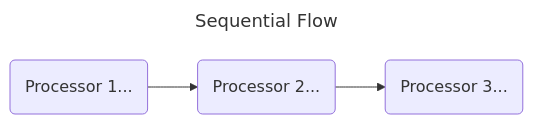
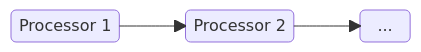
The fourth of 12 diagrams in docs/administration/pipelines/quick-start.mdx (VirtualMetric/virtualmetric-docs), drawn with Mermaid before and after one commit. The commit also changed other lines of this file and 3 other files, not shown here.

````diff
--- a/docs/administration/pipelines/quick-start.mdx
+++ b/docs/administration/pipelines/quick-start.mdx
@@ -37,11 +64,11 @@
   ```mermaid
-  ---
-  title: Sequential Flow
-  ---
-    graph LR
-      A(Processor 1...)
-      B(Processor 2...)
-      C(Processor 3...)
+    block-beta
+      columns 7
+      A("Processor 1"):2
+      space
+      B("Processor 2"):2
+      space
+      C("..."):1
       A --> B
       B --> C
   ```
````
